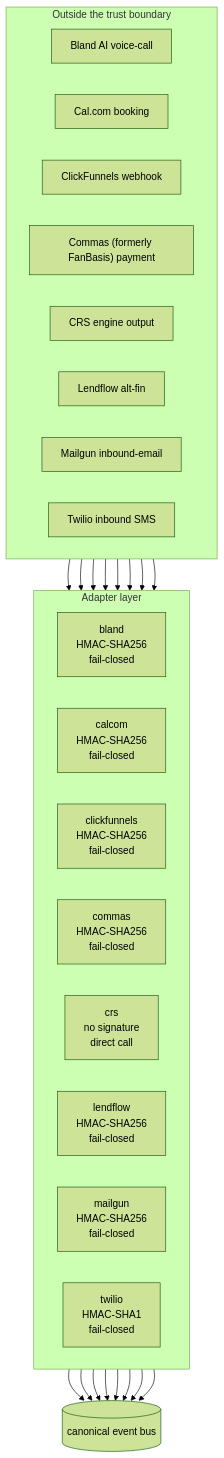
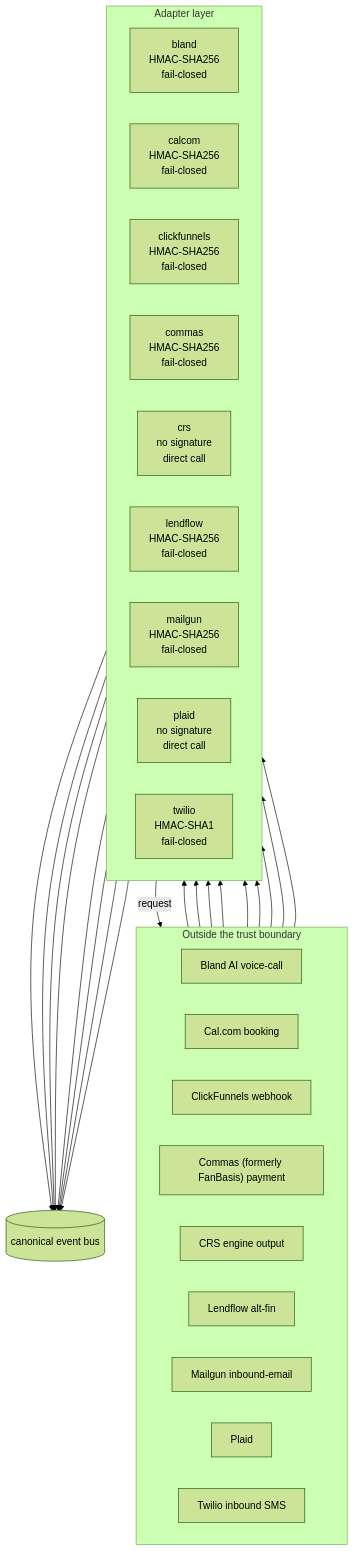
The diagram in docs/diagrams/adapter-boundary.md (ZootimusMaximusBackup/fundhub-platform), drawn with Mermaid (forest theme) before and after one commit. The commit also changed other lines of this file and 18 other files, not shown here.

````diff
--- a/docs/diagrams/adapter-boundary.md
+++ b/docs/diagrams/adapter-boundary.md
@@ -10,43 +10,47 @@
 ```mermaid
 flowchart TB
   subgraph OUTSIDE[Outside the trust boundary]
     direction LR
     o_bland["Bland AI voice-call"]
     o_calcom["Cal.com booking"]
     o_clickfunnels["ClickFunnels webhook"]
     o_commas["Commas (formerly FanBasis) payment"]
     o_crs["CRS engine output"]
     o_lendflow["Lendflow alt-fin"]
     o_mailgun["Mailgun inbound-email"]
+    o_plaid["Plaid"]
     o_twilio["Twilio inbound SMS"]
   end
   subgraph BOUNDARY[Adapter layer]
     direction LR
     b_bland["bland<br/>HMAC-SHA256<br/>fail-closed"]
     b_calcom["calcom<br/>HMAC-SHA256<br/>fail-closed"]
     b_clickfunnels["clickfunnels<br/>HMAC-SHA256<br/>fail-closed"]
     b_commas["commas<br/>HMAC-SHA256<br/>fail-closed"]
     b_crs["crs<br/>no signature<br/>direct call"]
     b_lendflow["lendflow<br/>HMAC-SHA256<br/>fail-closed"]
     b_mailgun["mailgun<br/>HMAC-SHA256<br/>fail-closed"]
+    b_plaid["plaid<br/>no signature<br/>direct call"]
     b_twilio["twilio<br/>HMAC-SHA1<br/>fail-closed"]
   end
   BUS[(canonical event bus)]
 
   o_bland --> b_bland
   b_bland --> BUS
   o_calcom --> b_calcom
   b_calcom --> BUS
   o_clickfunnels --> b_clickfunnels
   b_clickfunnels --> BUS
   o_commas --> b_commas
   b_commas --> BUS
   o_crs --> b_crs
   b_crs --> BUS
   o_lendflow --> b_lendflow
   b_lendflow --> BUS
   o_mailgun --> b_mailgun
   b_mailgun --> BUS
+  b_plaid -- request --> o_plaid
+  o_plaid --> b_plaid
   o_twilio --> b_twilio
   b_twilio --> BUS
 ```
````
